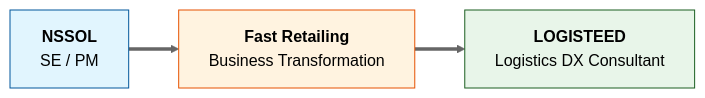
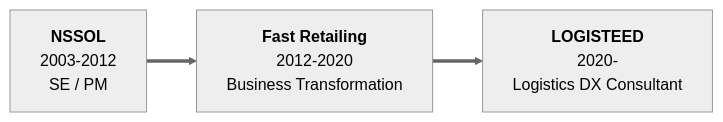
The diagram in README.md (miumigy/miumigy), drawn with Mermaid (neutral theme) before and after one commit.

Commit message:
README.md を更新

````diff
--- a/README.md
+++ b/README.md
@@ -14,18 +14,11 @@
 ```mermaid
 
 graph LR
-    %% ノードの定義
-    A[<b>NSSOL</b><br/>SE / PM] 
-    B[<b>Fast Retailing</b><br/>Business Transformation] 
-    C[<b>LOGISTEED</b><br/>Logistics DX Consultant]
+    A[<b>NSSOL</b><br/>2003-2012<br/>SE / PM] 
+    B[<b>Fast Retailing</b><br/>2012-2020<br/>Business Transformation] 
+    C[<b>LOGISTEED</b><br/>2020-<br/>Logistics DX Consultant]
 
-    %% 接続（太い矢印など）
     A ==> B
     B ==> C
 
-    %% スタイルの適用（色をつけて彩る）
-    style A fill:#e1f5fe,stroke:#01579b
-    style B fill:#fff3e0,stroke:#e65100
-    style C fill:#e8f5e9,stroke:#1b5e20
-
 ```
````
